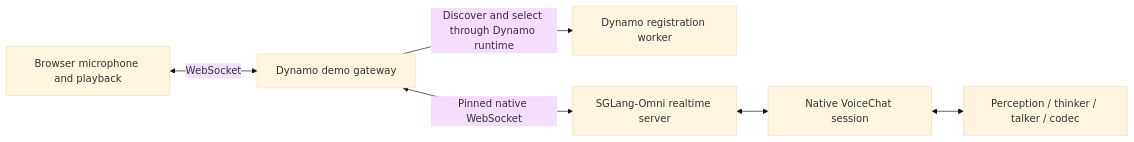
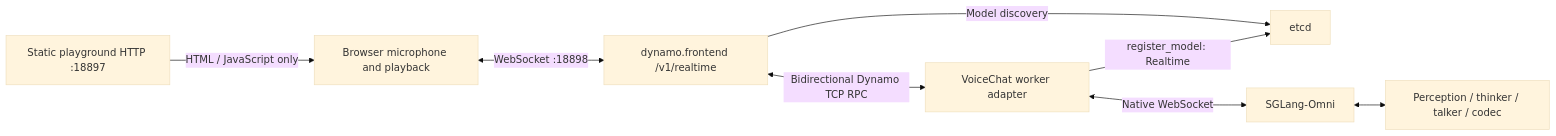
The diagram in examples/backends/sglang/omni_voicechat/README.md (ai-dynamo/dynamo), drawn with Mermaid (base theme) before and after one commit. The commit also changed other lines of this file and 8 other files, not shown here.

Commit message:
feat(sglang): route VoiceChat audio through Dynamo frontend

````diff
--- a/examples/backends/sglang/omni_voicechat/README.md
+++ b/examples/backends/sglang/omni_voicechat/README.md
@@ -17,8 +20,10 @@
 ```mermaid
 flowchart LR
-    Browser[Browser microphone and playback] <-->|WebSocket| Gateway[Dynamo demo gateway]
-    Gateway -->|Discover and select through Dynamo runtime| Worker[Dynamo registration worker]
-    Gateway <-->|Pinned native WebSocket| Omni[SGLang-Omni realtime server]
-    Omni <--> Session[Native VoiceChat session]
-    Session <--> GPU[Perception / thinker / talker / codec]
+    Browser[Browser microphone and playback] <-->|WebSocket :18898| Frontend[dynamo.frontend /v1/realtime]
+    Frontend -->|Model discovery| Etcd[etcd]
+    Worker[VoiceChat worker adapter] -->|register_model: Realtime| Etcd
+    Frontend <-->|Bidirectional Dynamo TCP RPC| Worker
+    Worker <-->|Native WebSocket| Omni[SGLang-Omni]
+    Omni <--> GPU[Perception / thinker / talker / codec]
+    Web[Static playground HTTP :18897] -->|HTML / JavaScript only| Browser
 ```
````
